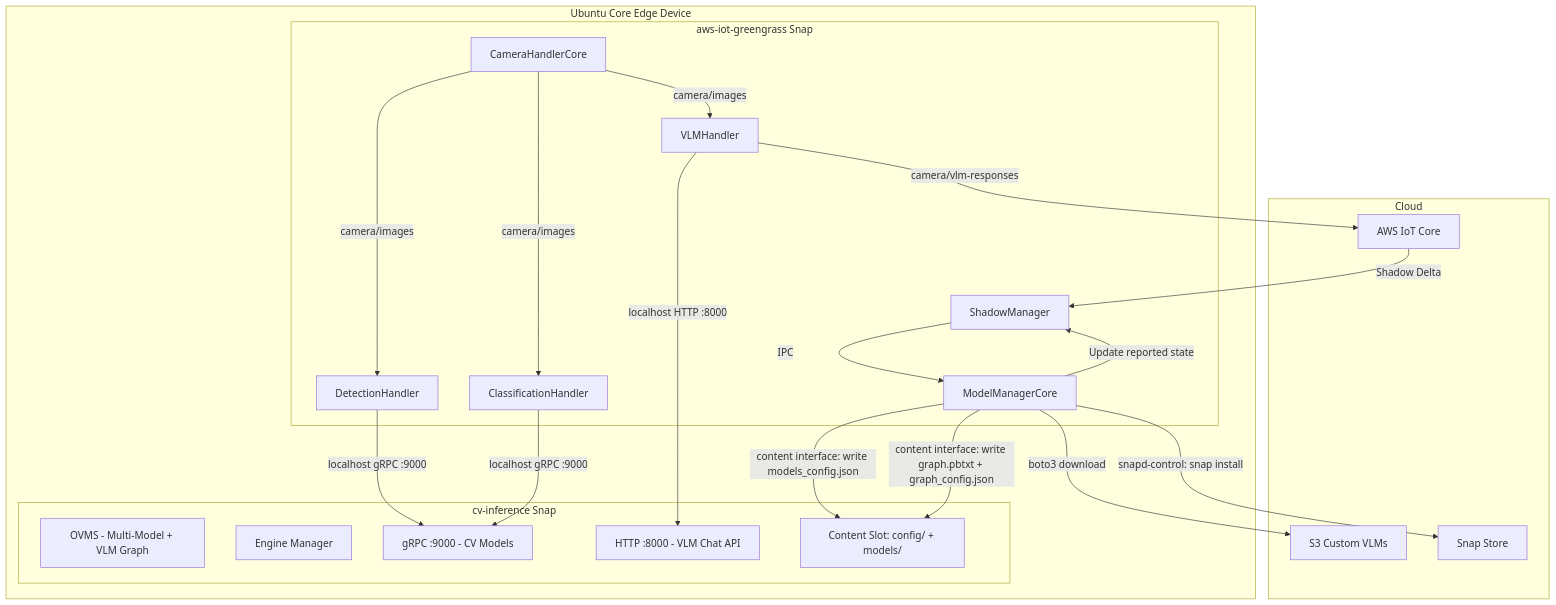
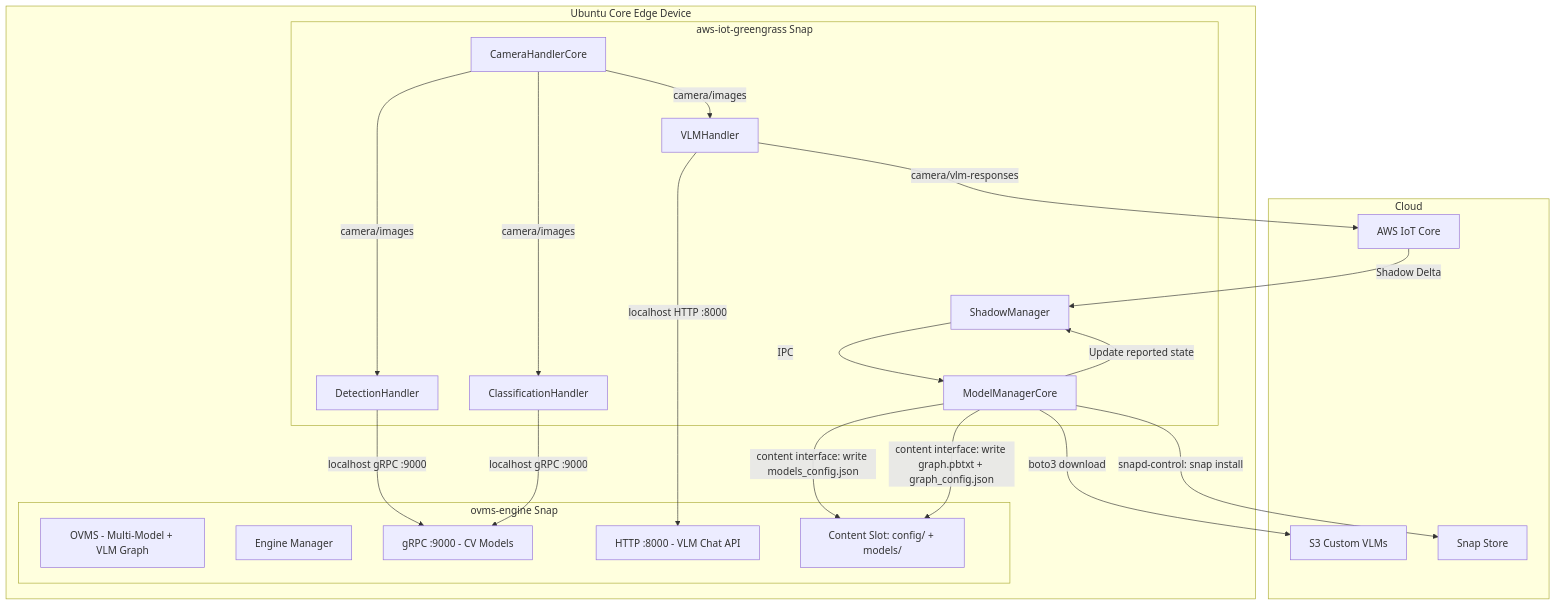
Before and after one commit to gemmerton/sample-greengrass-ubuntucore-computervision: the first of 5 diagrams in .kiro/specs/vlm-support/design.md, drawn with Mermaid. The commit also changed other lines of this file and 12 other files, not shown here.

First line of the commit message:
Complete cv-inference to ovms-engine migration cleanup

````diff
--- a/.kiro/specs/vlm-support/design.md
+++ b/.kiro/specs/vlm-support/design.md
@@ -57,42 +57,42 @@
 ```mermaid
 graph TD
     subgraph Cloud
         IOT[AWS IoT Core]
         S3[S3 Custom VLMs]
         SNAP_STORE[Snap Store]
     end
 
     subgraph Device["Ubuntu Core Edge Device"]
         subgraph Greengrass["aws-iot-greengrass Snap"]
             MM[ModelManagerCore]
             DH[DetectionHandler]
             CH[ClassificationHandler]
             VH[VLMHandler]
             CAM[CameraHandlerCore]
             SM[ShadowManager]
         end
 
-        subgraph Snap["cv-inference Snap"]
+        subgraph Snap["ovms-engine Snap"]
             OVMS[OVMS - Multi-Model + VLM Graph]
             ENGINE[Engine Manager]
             GRPC[gRPC :9000 - CV Models]
             HTTP[HTTP :8000 - VLM Chat API]
             CONTENT_SLOT["Content Slot: config/ + models/"]
         end
     end
 
     IOT -->|Shadow Delta| SM
     SM -->|IPC| MM
     MM -->|"snapd-control: snap install"| SNAP_STORE
     MM -->|boto3 download| S3
     MM -->|"content interface: write models_config.json"| CONTENT_SLOT
     MM -->|"content interface: write graph.pbtxt + graph_config.json"| CONTENT_SLOT
     MM -->|Update reported state| SM
     DH -->|"localhost gRPC :9000"| GRPC
     CH -->|"localhost gRPC :9000"| GRPC
     VH -->|"localhost HTTP :8000"| HTTP
     CAM -->|camera/images| DH
     CAM -->|camera/images| CH
     CAM -->|camera/images| VH
     VH -->|camera/vlm-responses| IOT
 ```
````
